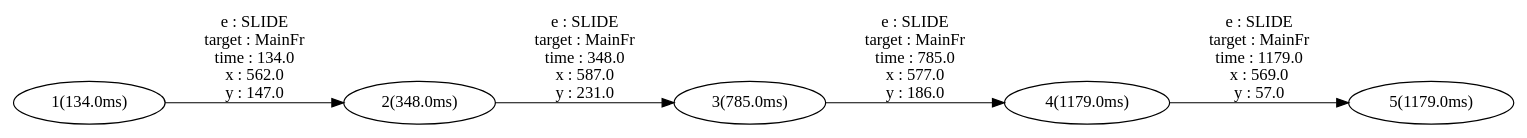
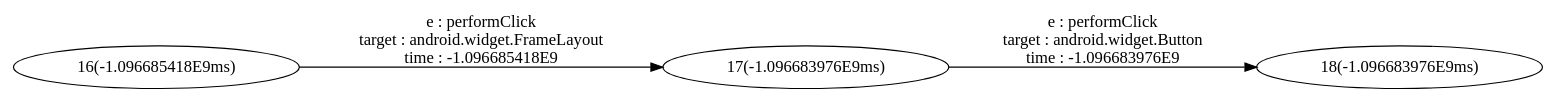
Before and after one commit to kyeongwook-ma/EFSM-visualizer: the diagram in EFSMVisualizer/out/User_2.dot, drawn with Graphviz. The commit also changed 17 other files, not shown here.

```diff
--- a/EFSMVisualizer/out/User_2.dot
+++ b/EFSMVisualizer/out/User_2.dot
@@ -1,3 +1,3 @@
 digraph {
 rankdir="LR"
-1[label="1(134.0ms)"]2[label="2(134.0ms)"]1->2[label=" e : SLIDE\n target : MainFr\n time : 134.0\n x : 562.0\n y : 147.0"];2[label="2(348.0ms)"]3[label="3(348.0ms)"]2->3[label=" e : SLIDE\n target : MainFr\n time : 348.0\n x : 587.0\n y : 231.0"];3[label="3(785.0ms)"]4[label="4(785.0ms)"]3->4[label=" e : SLIDE\n target : MainFr\n time : 785.0\n x : 577.0\n y : 186.0"];4[label="4(1179.0ms)"]5[label="5(1179.0ms)"]4->5[label=" e : SLIDE\n target : MainFr\n time : 1179.0\n x : 569.0\n y : 57.0"];}
+16[label="16(-1.096685418E9ms)"]17[label="17(-1.096685418E9ms)"]16->17[label=" e : performClick\n target : android.widget.FrameLayout\n time : -1.096685418E9\n"];17[label="17(-1.096683976E9ms)"]18[label="18(-1.096683976E9ms)"]17->18[label=" e : performClick\n target : android.widget.Button\n time : -1.096683976E9\n"];}
```
